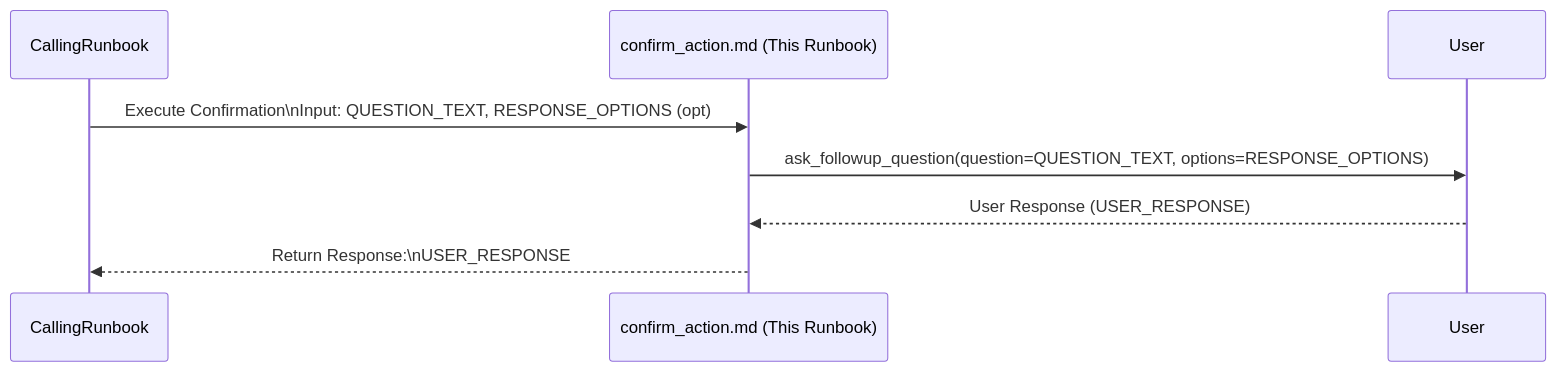
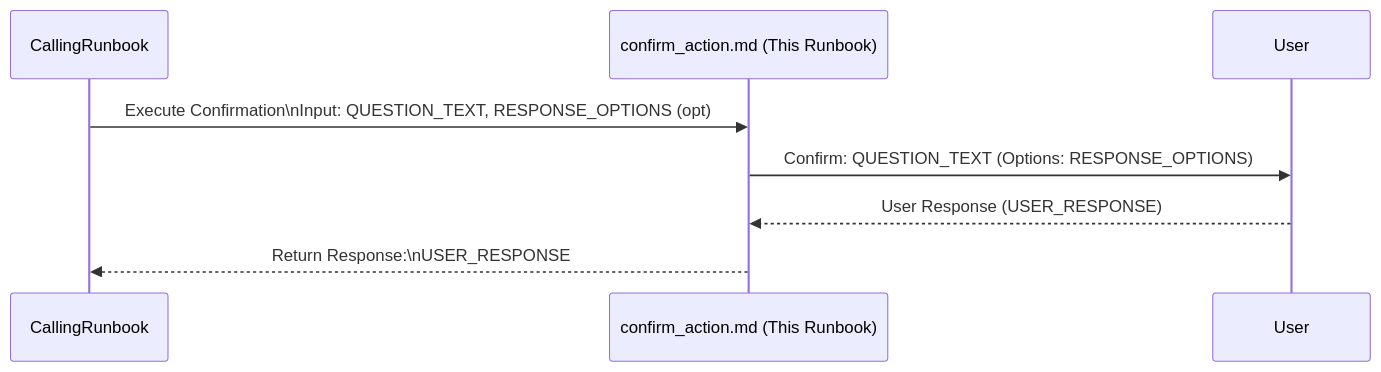
Before and after one commit to dandye/adk_runbooks: the diagram in rules-bank/run_books/common_steps/confirm_action.md, drawn with Mermaid. The commit also changed 42 other files, not shown here.

````diff
--- a/rules-bank/run_books/common_steps/confirm_action.md
+++ b/rules-bank/run_books/common_steps/confirm_action.md
@@ -30,16 +30,16 @@
 ```{mermaid}
 sequenceDiagram
     participant CallingRunbook
     participant ConfirmAction as confirm_action.md (This Runbook)
     participant User
 
     CallingRunbook->>ConfirmAction: Execute Confirmation\nInput: QUESTION_TEXT, RESPONSE_OPTIONS (opt)
 
     %% Step 2: Ask Question
-    ConfirmAction->>User: ask_followup_question(question=QUESTION_TEXT, options=RESPONSE_OPTIONS)
+    ConfirmAction->>User: Confirm: QUESTION_TEXT (Options: RESPONSE_OPTIONS)
     User-->>ConfirmAction: User Response (USER_RESPONSE)
 
     %% Step 3: Return Response
     ConfirmAction-->>CallingRunbook: Return Response:\nUSER_RESPONSE
 
 ```
````
